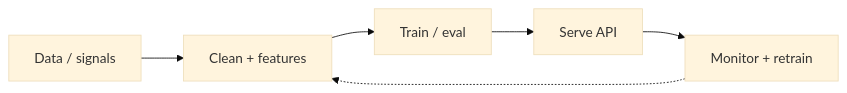
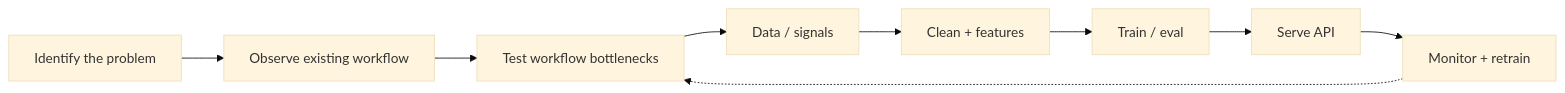
The diagram in README.md (TEHILLA-O/TEHILLA-O), drawn with Mermaid (base theme) before and after one commit.

Commit message:
Start ML shipping diagram from problem and workflow bottlenecks.

````diff
--- a/README.md
+++ b/README.md
@@ -35,8 +35,11 @@
 ```mermaid
 flowchart LR
-  A[Data / signals] --> B[Clean + features]
-  B --> C[Train / eval]
-  C --> D[Serve API]
-  D --> E[Monitor + retrain]
-  E -.-> B
+  A[Identify the problem] --> B[Observe existing workflow]
+  B --> C[Test workflow bottlenecks]
+  C --> D[Data / signals]
+  D --> E[Clean + features]
+  E --> F[Train / eval]
+  F --> G[Serve API]
+  G --> H[Monitor + retrain]
+  H -.-> C
 ```
````
